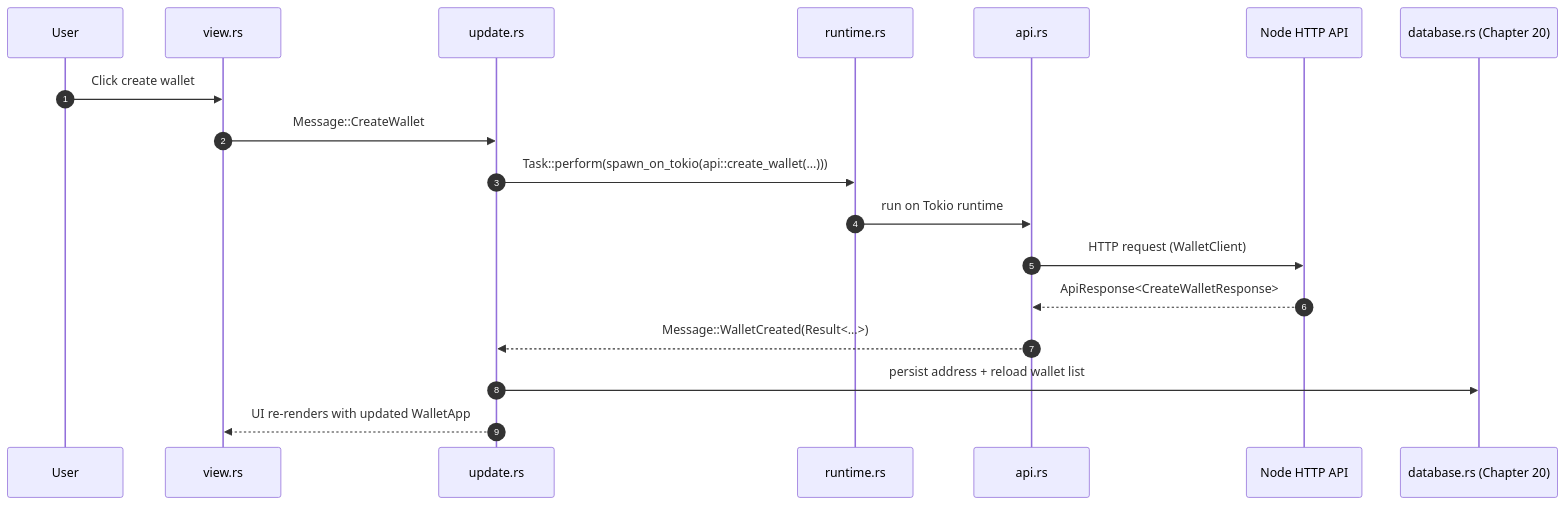
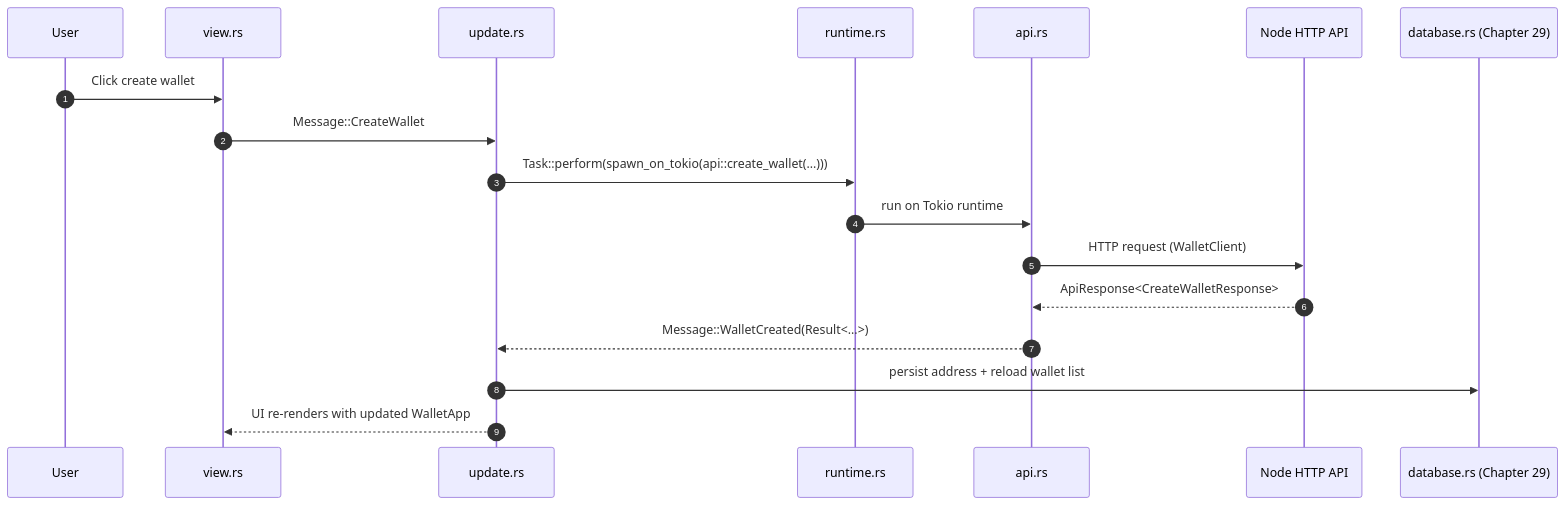
Before and after one commit to bkunyiha/blockchain: the third of 3 diagrams in book-draft/bitcoin-wallet-ui-iced/05.1-Wallet-UI-Iced.md, drawn with Mermaid. The commit also changed other lines of this file and 1150 other files, not shown here.

````diff
--- a/book-draft/bitcoin-wallet-ui-iced/05.1-Wallet-UI-Iced.md
+++ b/book-draft/bitcoin-wallet-ui-iced/05.1-Wallet-UI-Iced.md
@@ -562,21 +574,21 @@
 ```mermaid
 sequenceDiagram
   autonumber
   participant User
   participant View as view.rs
   participant Update as update.rs
   participant Tokio as runtime.rs
   participant API as api.rs
   participant Node as Node HTTP API
-  participant DB as database.rs (Chapter 20)
+  participant DB as database.rs (Chapter 29)
 
   User->>View: Click create wallet
   View->>Update: Message::CreateWallet
   Update->>Tokio: Task::perform(spawn_on_tokio(api::create_wallet(...)))
   Tokio->>API: run on Tokio runtime
   API->>Node: HTTP request (WalletClient)
   Node-->>API: ApiResponse<CreateWalletResponse>
   API-->>Update: Message::WalletCreated(Result<...>)
   Update->>DB: persist address + reload wallet list
   Update-->>View: UI re-renders with updated WalletApp
 ```
````
